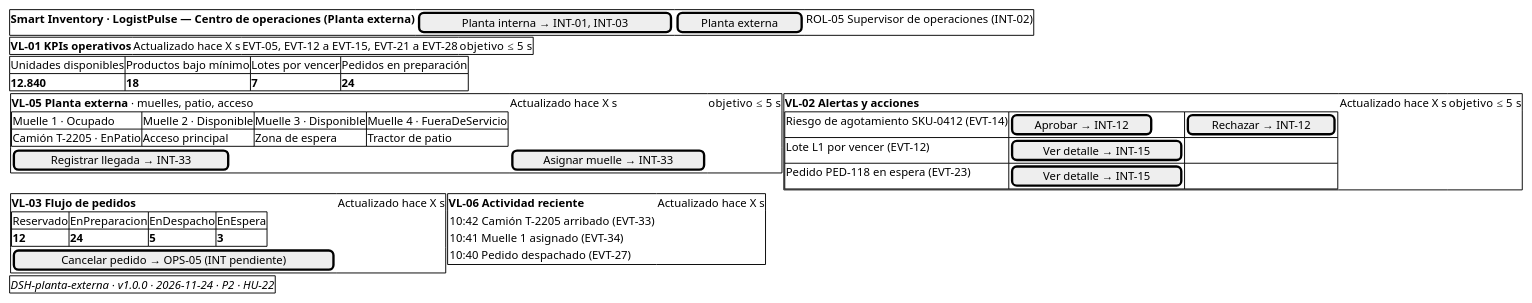
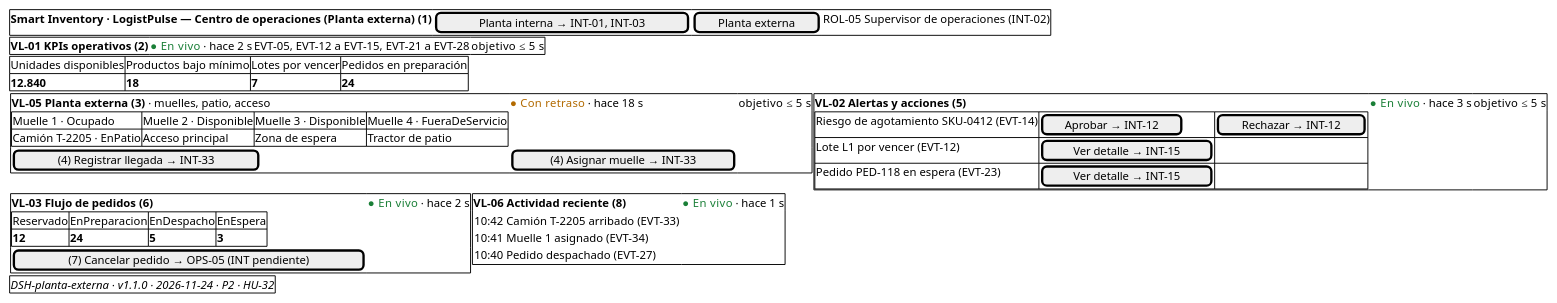
The diagram in diagramas/dashboard/src/DSH-planta-externa.puml (elorgus/Deber-2-Sistemas), drawn with PlantUML before and after one commit. The commit also changed 4 other files, not shown here.

```diff
--- a/diagramas/dashboard/src/DSH-planta-externa.puml
+++ b/diagramas/dashboard/src/DSH-planta-externa.puml
@@ -1,50 +1,50 @@
 @startsalt
-' DSH-planta-externa · v1.0.0 · 2026-11-24 · P2 · HU-22
+' DSH-planta-externa · v1.1.0 · 2026-11-24 · P2 · HU-32
 {
   {+
-    <b>Smart Inventory · LogistPulse — Centro de operaciones (Planta externa)</b> | [ Planta interna → INT-01, INT-03 ] | [ Planta externa ] | ROL-05 Supervisor de operaciones (INT-02)
+    <b>Smart Inventory · LogistPulse — Centro de operaciones (Planta externa)</b> <b>(1)</b> | [ Planta interna → INT-01, INT-03 ] | [ Planta externa ] | ROL-05 Supervisor de operaciones (INT-02)
   }
   {+
-    <b>VL-01 KPIs operativos</b> | Actualizado hace X s | EVT-05, EVT-12 a EVT-15, EVT-21 a EVT-28 | objetivo ≤ 5 s
+    <b>VL-01 KPIs operativos</b> <b>(2)</b> | <color:#1a7f37>● En vivo</color> · hace 2 s | EVT-05, EVT-12 a EVT-15, EVT-21 a EVT-28 | objetivo ≤ 5 s
   }
   {#
     Unidades disponibles | Productos bajo mínimo | Lotes por vencer | Pedidos en preparación
     <b>12.840</b> | <b>18</b> | <b>7</b> | <b>24</b>
   }
   {
     {+
-      <b>VL-05 Planta externa</b> · muelles, patio, acceso | Actualizado hace X s | objetivo ≤ 5 s
+      <b>VL-05 Planta externa</b> <b>(3)</b> · muelles, patio, acceso | <color:#b26a00>● Con retraso</color> · hace 18 s | objetivo ≤ 5 s
       {#
         Muelle 1 · Ocupado | Muelle 2 · Disponible | Muelle 3 · Disponible | Muelle 4 · FueraDeServicio
         Camión T-2205 · EnPatio | Acceso principal | Zona de espera | Tractor de patio
       }
-      [ Registrar llegada → INT-33 ] | [ Asignar muelle → INT-33 ]
+      [ (4) Registrar llegada → INT-33 ] | [ (4) Asignar muelle → INT-33 ]
     } | {+
-      <b>VL-02 Alertas y acciones</b> | Actualizado hace X s | objetivo ≤ 5 s
+      <b>VL-02 Alertas y acciones</b> <b>(5)</b> | <color:#1a7f37>● En vivo</color> · hace 3 s | objetivo ≤ 5 s
       {#
         Riesgo de agotamiento SKU-0412 (EVT-14) | [ Aprobar → INT-12 ] | [ Rechazar → INT-12 ]
         Lote L1 por vencer (EVT-12) | [ Ver detalle → INT-15 ] | .
         Pedido PED-118 en espera (EVT-23) | [ Ver detalle → INT-15 ] | .
       }
     }
   }
   {
     {+
-      <b>VL-03 Flujo de pedidos</b> | Actualizado hace X s
+      <b>VL-03 Flujo de pedidos</b> <b>(6)</b> | <color:#1a7f37>● En vivo</color> · hace 2 s
       {#
         Reservado | EnPreparacion | EnDespacho | EnEspera
         <b>12</b> | <b>24</b> | <b>5</b> | <b>3</b>
       }
-      [ Cancelar pedido → OPS-05 (INT pendiente) ]
+      [ (7) Cancelar pedido → OPS-05 (INT pendiente) ]
     } | {+
-      <b>VL-06 Actividad reciente</b> | Actualizado hace X s
+      <b>VL-06 Actividad reciente</b> <b>(8)</b> | <color:#1a7f37>● En vivo</color> · hace 1 s
       {
         10:42 Camión T-2205 arribado (EVT-33)
         10:41 Muelle 1 asignado (EVT-34)
         10:40 Pedido despachado (EVT-27)
       }
     }
   }
-  {+ <i>DSH-planta-externa · v1.0.0 · 2026-11-24 · P2 · HU-22</i> }
+  {+ <i>DSH-planta-externa · v1.1.0 · 2026-11-24 · P2 · HU-32</i> }
 }
 @endsalt
```
